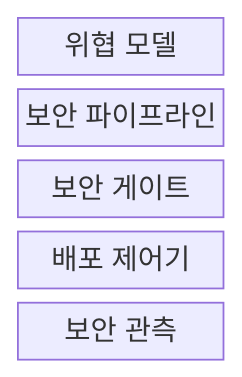
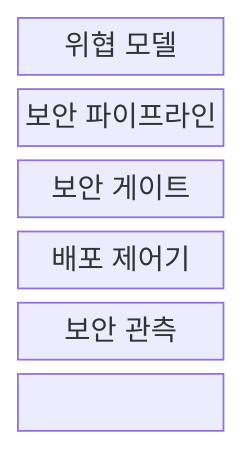
Before and after one commit to agnusdei1207/knowledge-base: the first of 2 diagrams in src/content/docs/notes/03-software/057_devsecops.md, drawn with Mermaid. The commit also changed other lines of this file and 238 other files, not shown here.

````diff
--- a/src/content/docs/notes/03-software/057_devsecops.md
+++ b/src/content/docs/notes/03-software/057_devsecops.md
@@ -57,9 +57,11 @@
 ```mermaid
-block
+block-beta
   columns 1
   T["위협 모델"]
   P["보안 파이프라인"]
   G["보안 게이트"]
   D["배포 제어기"]
   M["보안 관측"]
+  T --- P --- G
+  G --- D --- M
 ```
````
